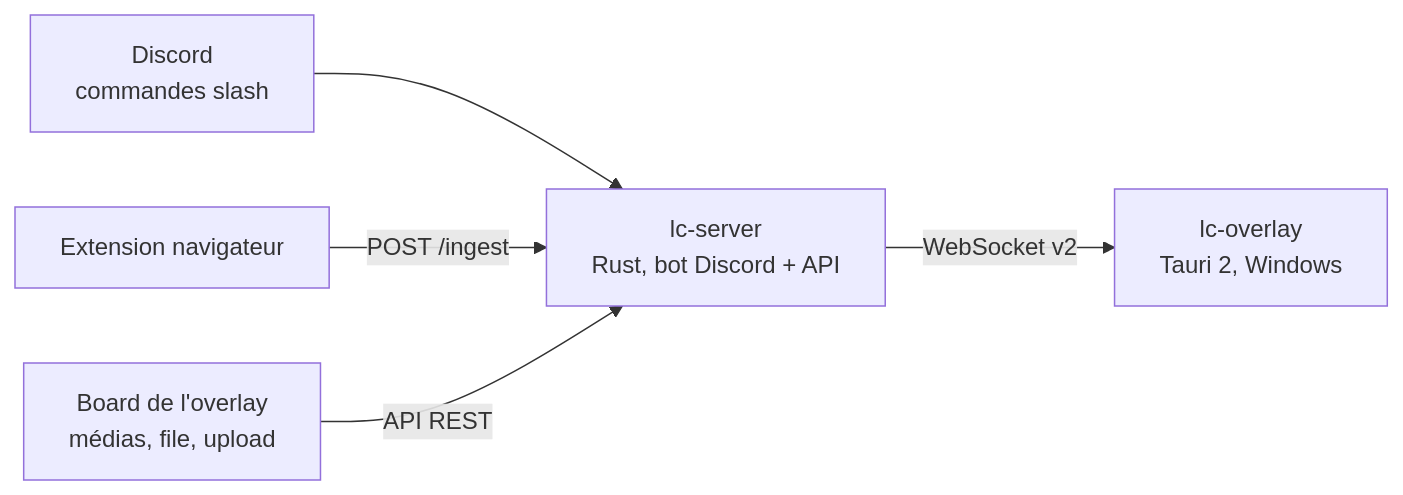
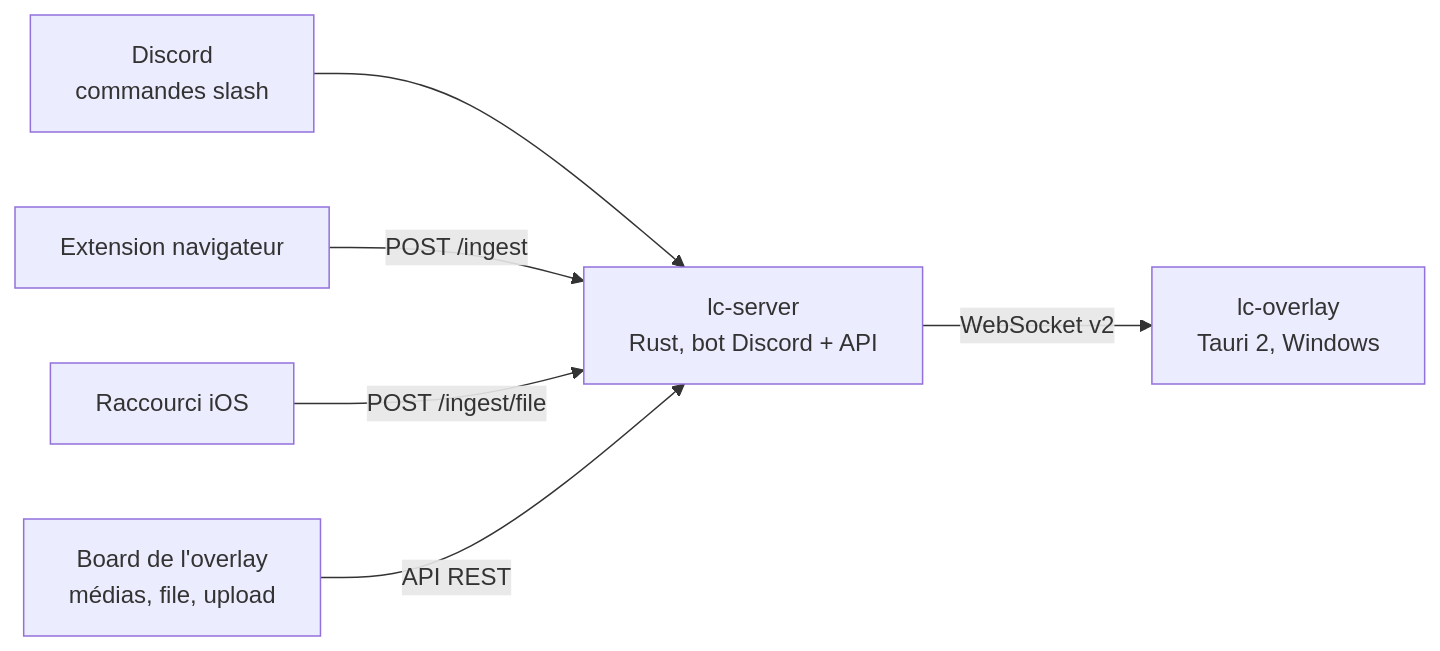
One commit to quentingimenez/LiveChat changed the diagram in README.md. Above: the diagram before and after it, drawn with Mermaid. The commit also changed other lines of this file and 5 other files, not shown here.

Commit message:
feat(server): add raw file ingest endpoint for iOS shortcuts

````diff
--- a/README.md
+++ b/README.md
@@ -13,7 +13,8 @@
 ```mermaid
 flowchart LR
   discord[Discord<br/>commandes slash] --> server
   extension[Extension navigateur] -->|POST /ingest| server
+  shortcut[Raccourci iOS] -->|POST /ingest/file| server
   board[Board de l'overlay<br/>médias, file, upload] -->|API REST| server
   server[lc-server<br/>Rust, bot Discord + API] -->|WebSocket v2| overlay[lc-overlay<br/>Tauri 2, Windows]
 ```
````
